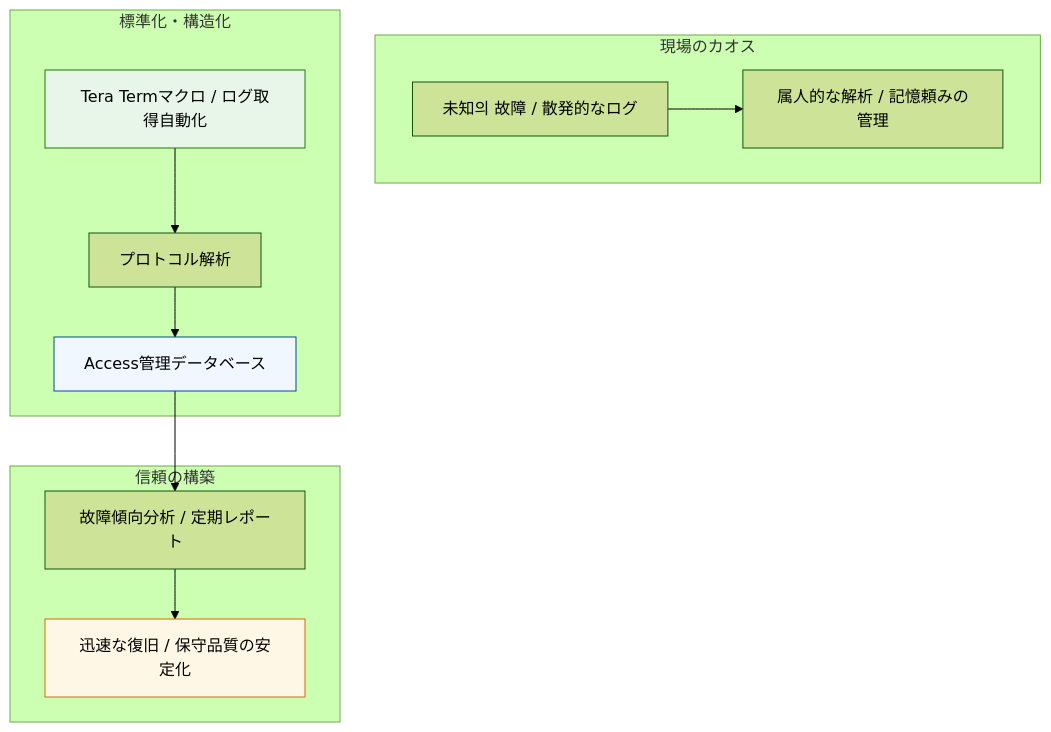
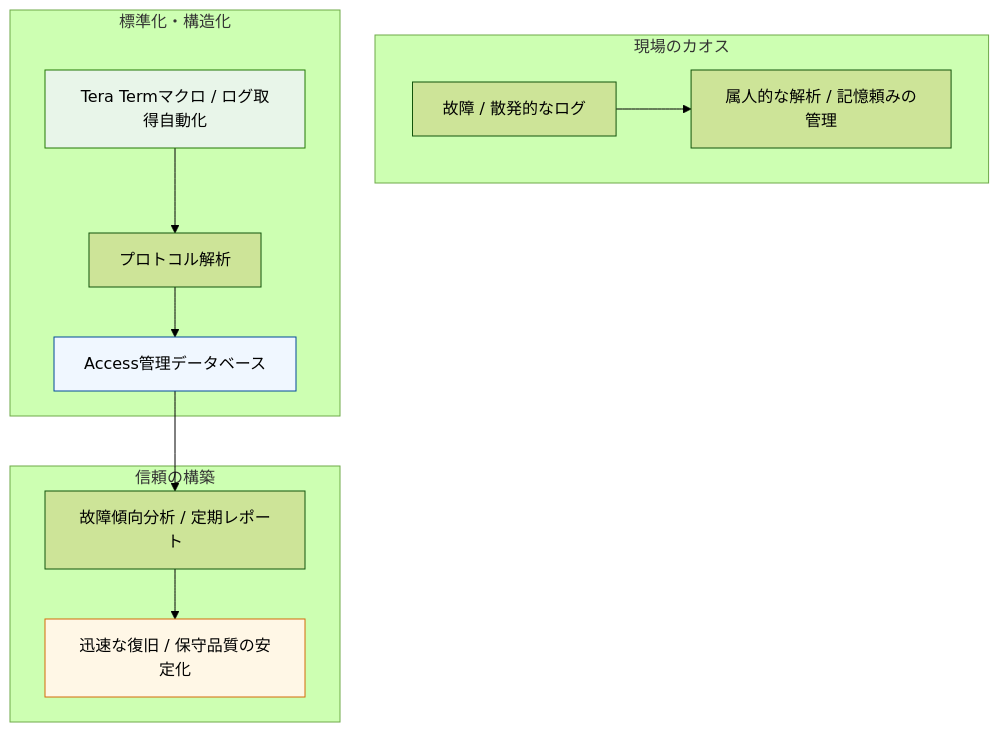
The diagram in projects/08_wide_area_nw_maintenance/README.md (conti0513/development_public), drawn with Mermaid (forest theme) before and after one commit.

Commit message:
refactor: unify document formats

````diff
--- a/projects/08_wide_area_nw_maintenance/README.md
+++ b/projects/08_wide_area_nw_maintenance/README.md
@@ -13,21 +13,21 @@
 ```mermaid
 graph TD
     subgraph Incident [現場のカオス]
-        Fail[未知의 故障 / 散発的なログ] --> Manual[属人的な解析 / 記憶頼みの管理]
+        Fail[故障 / 散発的なログ] --> Manual[属人的な解析 / 記憶頼みの管理]
     end
 
     subgraph Structuring [標準化・構造化]
         Script[Tera Termマクロ / ログ取得自動化] --> Analysis[プロトコル解析]
         Analysis --> DB[Access管理データベース]
     end
 
     subgraph Reliability [信頼の構築]
         DB --> Report[故障傾向分析 / 定期レポート]
         Report --> Success[迅速な復旧 / 保守品質の安定化]
     end
 
     style Script fill:#e8f5e9,stroke:#237804,stroke-width:1px
     style DB fill:#f0f7ff,stroke:#004a99,stroke-width:1px
     style Success fill:#fff7e6,stroke:#d46b08,stroke-width:1px
 
 ```
````
